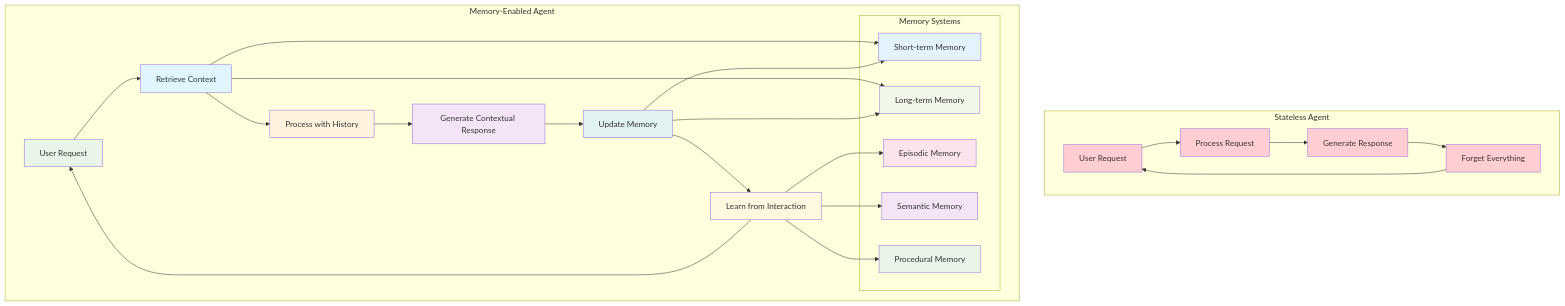
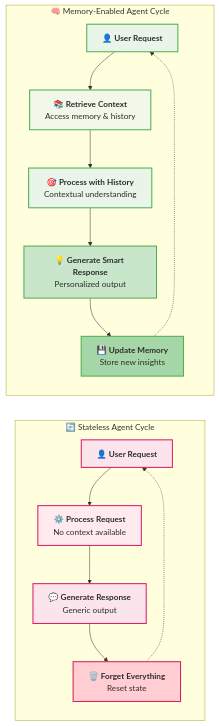
Before and after one commit to raphaelmansuy/tutorials: the first of 8 diagrams in 07_agent/08_chapter.md, drawn with Mermaid. The commit also changed other lines of this file, not shown here.

Commit message:
Enhance Chapter 8 with detailed comparisons of stateless and memory-enabled agents. Updated diagrams for clarity and added sections on ADK memory architecture and memory types in business context to improve understanding of persistent intelligence.

````diff
--- a/07_agent/08_chapter.md
+++ b/07_agent/08_chapter.md
@@ -39,51 +41,43 @@
 ```mermaid
-graph TB
-    subgraph "Stateless Agent"
-        A1[User Request] --> B1[Process Request]
-        B1 --> C1[Generate Response]
-        C1 --> D1[Forget Everything]
-        D1 --> A1
+flowchart LR
+    subgraph "🔄 Stateless Agent Cycle"
+        direction TB
+        A1["`👤 **User Request**`"] 
+        B1["`⚙️ **Process Request**
+        No context available`"]
+        C1["`💬 **Generate Response**
+        Generic output`"]
+        D1["`🗑️ **Forget Everything**
+        Reset state`"]
+        
+        A1 --> B1 --> C1 --> D1
+        D1 -.-> A1
     end
     
-    subgraph "Memory-Enabled Agent"
-        A2[User Request] --> B2[Retrieve Context]
-        B2 --> C2[Process with History]
-        C2 --> D2[Generate Contextual Response]
-        D2 --> E2[Update Memory]
-        E2 --> F2[Learn from Interaction]
-        F2 --> A2
+    subgraph "🧠 Memory-Enabled Agent Cycle"
+        direction TB
+        A2["`👤 **User Request**`"]
+        B2["`📚 **Retrieve Context**
+        Access memory & history`"]
+        C2["`🎯 **Process with History**
+        Contextual understanding`"]
+        D2["`💡 **Generate Smart Response**
+        Personalized output`"]
+        E2["`💾 **Update Memory**
+        Store new insights`"]
         
-        subgraph "Memory Systems"
-            G2[Short-term Memory]
-            H2[Long-term Memory]
-            I2[Episodic Memory]
-            J2[Semantic Memory]
-            K2[Procedural Memory]
-        end
-        
-        B2 --> G2
-        B2 --> H2
-        E2 --> G2
-        E2 --> H2
-        F2 --> I2
-        F2 --> J2
-        F2 --> K2
+        A2 --> B2 --> C2 --> D2 --> E2
+        E2 -.-> A2
     end
     
-    style A1 fill:#ffcdd2
-    style B1 fill:#ffcdd2
-    style C1 fill:#ffcdd2
-    style D1 fill:#ffcdd2
+    style A1 fill:#fce4ec,stroke:#d81b60,stroke-width:2px,color:#2d2d2d
+    style B1 fill:#ffebee,stroke:#d81b60,stroke-width:2px,color:#2d2d2d
+    style C1 fill:#fce4ec,stroke:#d81b60,stroke-width:2px,color:#2d2d2d
+    style D1 fill:#ffcdd2,stroke:#d81b60,stroke-width:2px,color:#2d2d2d
     
-    style A2 fill:#e8f5e8
-    style B2 fill:#e1f5fe
-    style C2 fill:#fff3e0
-    style D2 fill:#f3e5f5
-    style E2 fill:#e0f2f1
-    style F2 fill:#fff8e1
-    style G2 fill:#e3f2fd
-    style H2 fill:#f1f8e9
-    style I2 fill:#fce4ec
-    style J2 fill:#f3e5f5
-    style K2 fill:#e8f5e8
+    style A2 fill:#e8f5e8,stroke:#4caf50,stroke-width:2px,color:#2d2d2d
+    style B2 fill:#f1f8e9,stroke:#4caf50,stroke-width:2px,color:#2d2d2d
+    style C2 fill:#e8f5e8,stroke:#4caf50,stroke-width:2px,color:#2d2d2d
+    style D2 fill:#c8e6c9,stroke:#4caf50,stroke-width:2px,color:#2d2d2d
+    style E2 fill:#a5d6a7,stroke:#4caf50,stroke-width:2px,color:#2d2d2d
 ```
````
